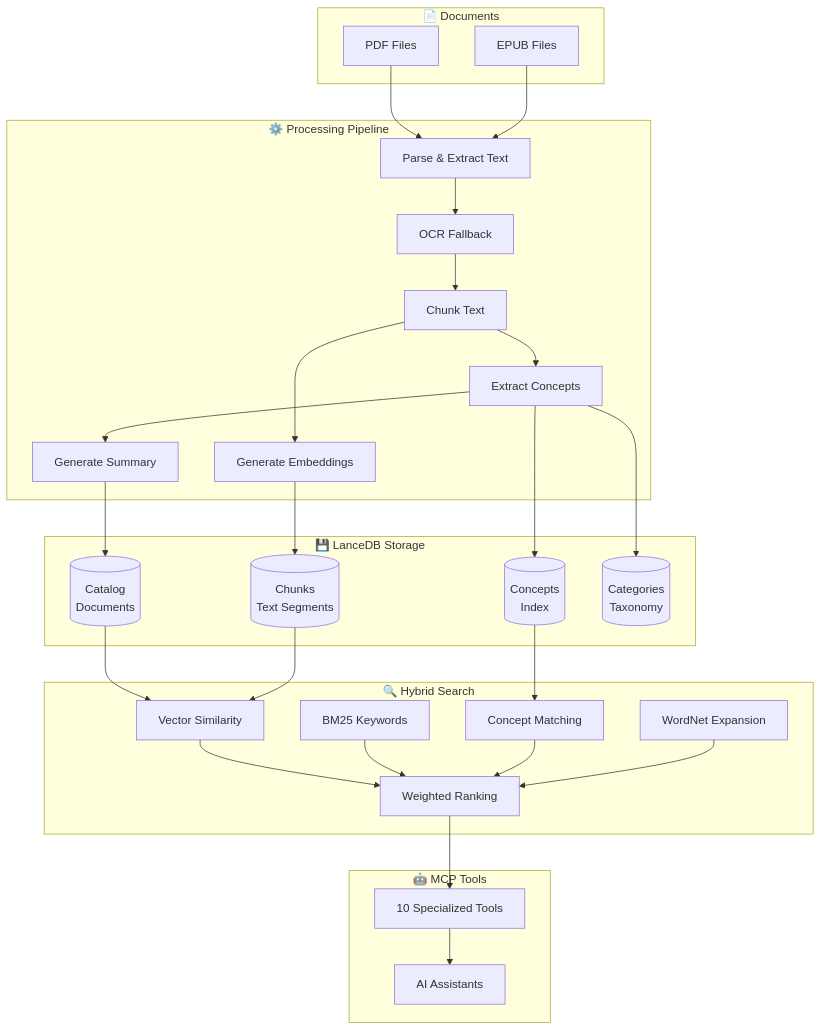
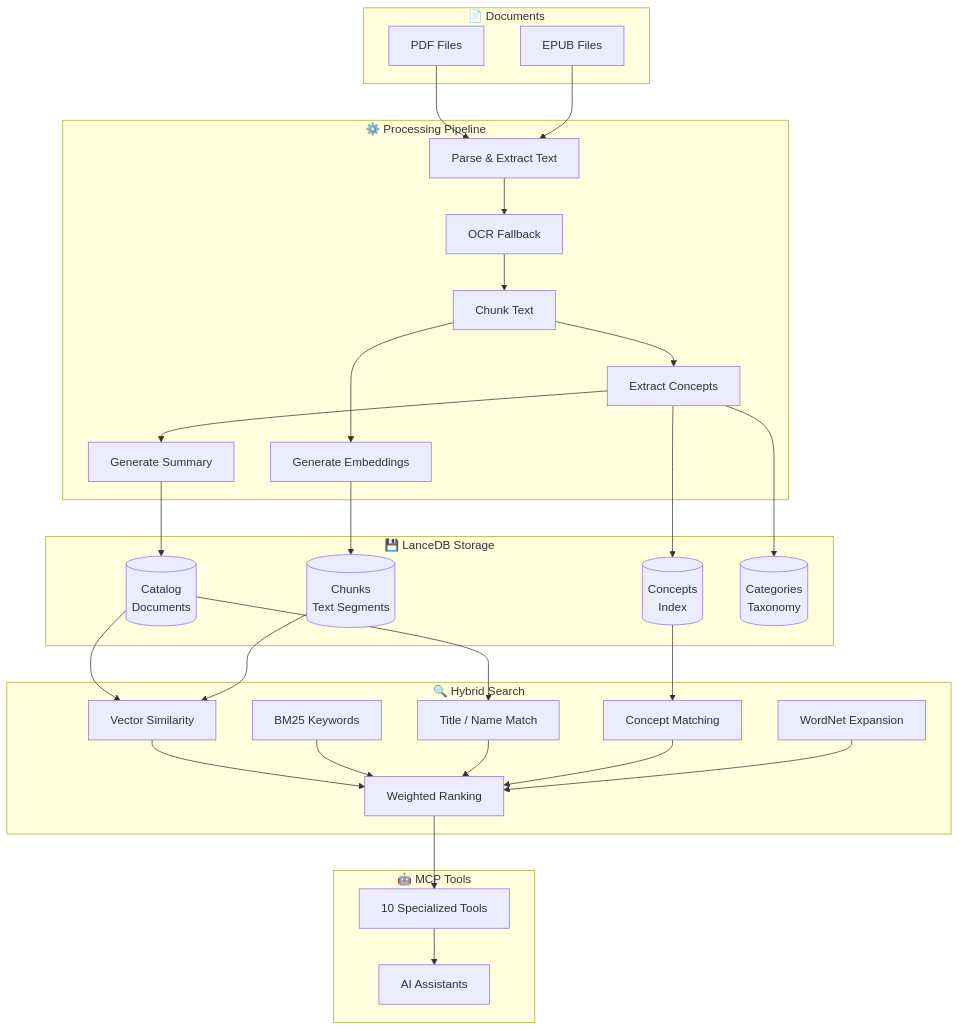
One commit to m2ux/concept-rag changed the diagram in docs/how-it-works.md. Above: the diagram before and after it, drawn with Mermaid. The commit also changed other lines of this file and 10 other files, not shown here.

````diff
--- a/docs/how-it-works.md
+++ b/docs/how-it-works.md
@@ -5,61 +5,64 @@
 ```mermaid
 flowchart TB
     subgraph Input["📄 Documents"]
         PDF[PDF Files]
         EPUB[EPUB Files]
     end
 
     subgraph Processing["⚙️ Processing Pipeline"]
         Parse[Parse & Extract Text]
         OCR[OCR Fallback]
         Chunk[Chunk Text]
         Extract[Extract Concepts]
         Embed[Generate Embeddings]
         Summarize[Generate Summary]
     end
 
     subgraph Storage["💾 LanceDB Storage"]
         Catalog[(Catalog<br/>Documents)]
         Chunks[(Chunks<br/>Text Segments)]
         Concepts[(Concepts<br/>Index)]
         Categories[(Categories<br/>Taxonomy)]
     end
 
     subgraph Search["🔍 Hybrid Search"]
         Vector[Vector Similarity]
         BM25[BM25 Keywords]
+        Title[Title / Name Match]
         ConceptMatch[Concept Matching]
         WordNet[WordNet Expansion]
         Rank[Weighted Ranking]
     end
 
     subgraph Output["🤖 MCP Tools"]
         Tools[10 Specialized Tools]
         AI[AI Assistants]
     end
 
     PDF --> Parse
     EPUB --> Parse
     Parse --> OCR
     OCR --> Chunk
     Chunk --> Extract
     Chunk --> Embed
     Extract --> Summarize
 
     Embed --> Chunks
     Extract --> Concepts
     Summarize --> Catalog
     Extract --> Categories
 
     Catalog --> Vector
+    Catalog --> Title
     Chunks --> Vector
     Concepts --> ConceptMatch
     
     Vector --> Rank
     BM25 --> Rank
+    Title --> Rank
     ConceptMatch --> Rank
     WordNet --> Rank
     
     Rank --> Tools
     Tools --> AI
 ```
````
